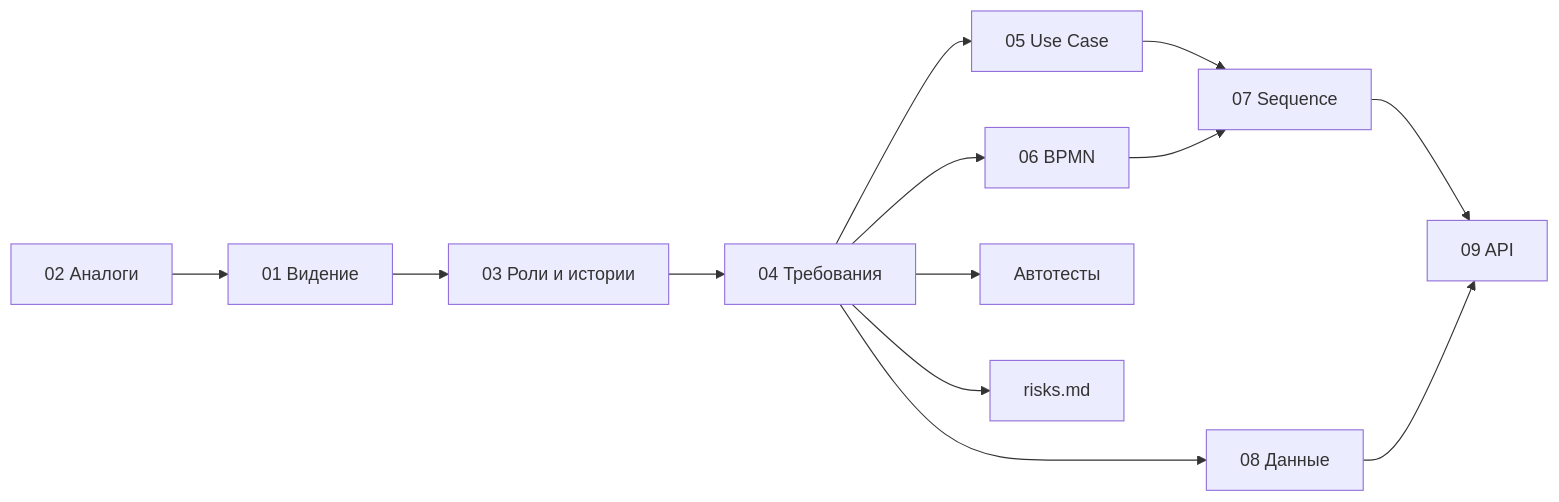
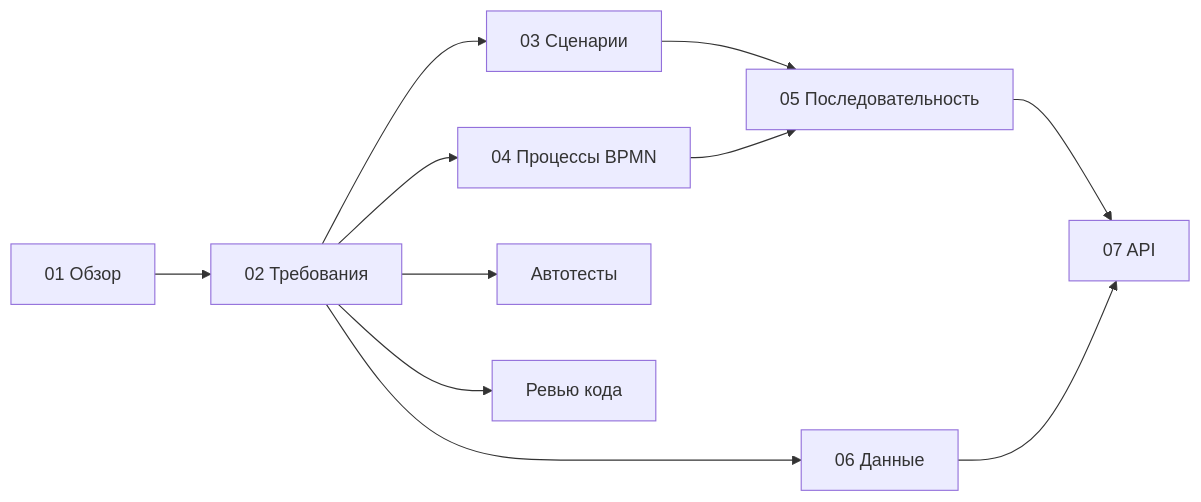
The diagram in docs/README.md (sophie10741/NetPulse), drawn with Mermaid before and after one commit. The commit also changed other lines of this file and 23 other files, not shown here.

````diff
--- a/docs/README.md
+++ b/docs/README.md
@@ -22,15 +21,13 @@
 ```mermaid
 flowchart LR
-    V[01 Видение] --> R[03 Роли и истории]
-    A[02 Аналоги] --> V
-    R --> Q[04 Требования]
-    Q --> U[05 Use Case]
-    Q --> B[06 BPMN]
-    U --> S[07 Sequence]
+    O[01 Обзор] --> Q[02 Требования]
+    Q --> U[03 Сценарии]
+    Q --> B[04 Процессы BPMN]
+    U --> S[05 Последовательность]
     B --> S
-    Q --> D[08 Данные]
-    S --> P[09 API]
+    Q --> D[06 Данные]
+    S --> P[07 API]
     D --> P
     Q --> T[Автотесты]
-    Q --> K[risks.md]
+    Q --> R[Ревью кода]
 ```
````
